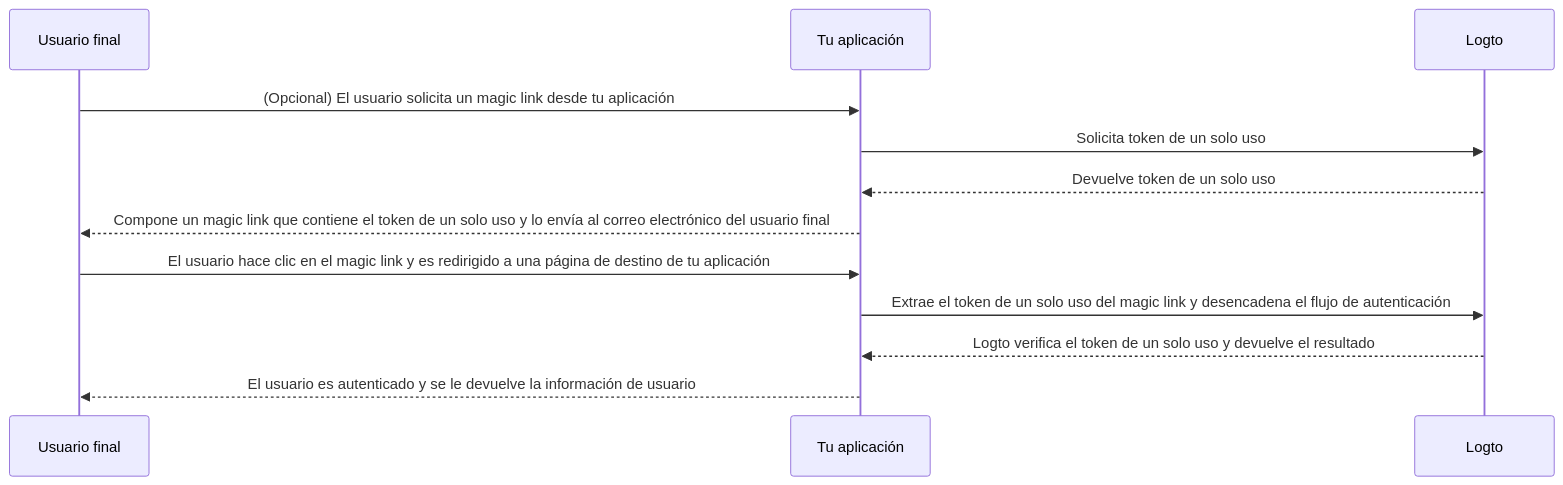
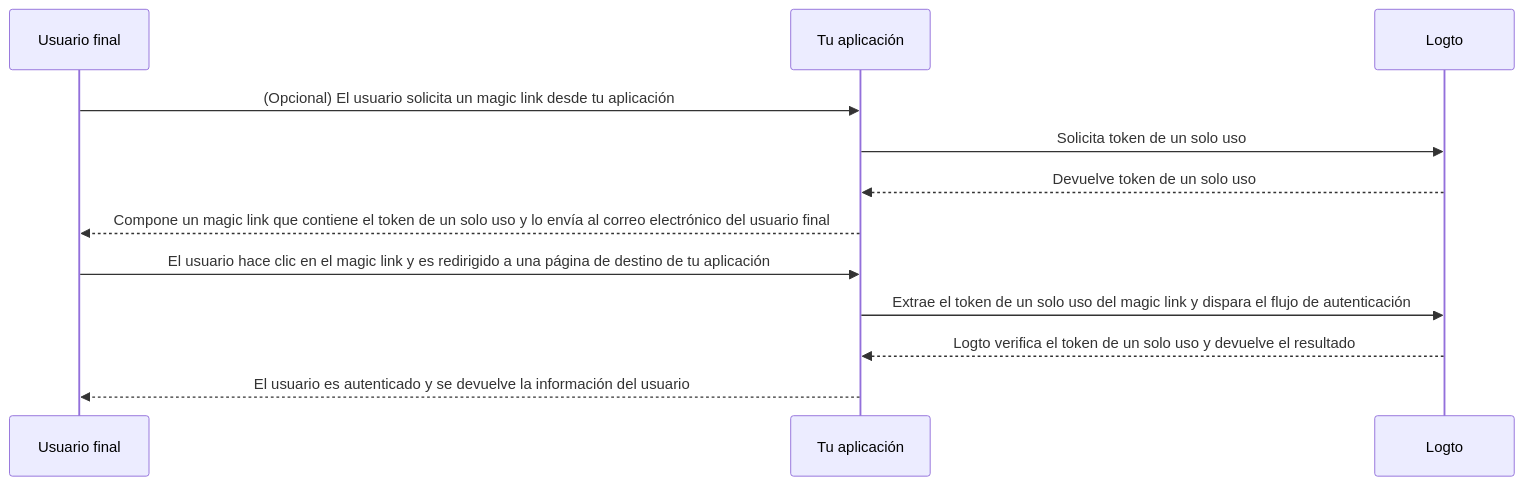
One commit to logto-io/docs changed the diagram in i18n/es/docusaurus-plugin-content-docs/current/end-user-flows/one-time-token.mdx. Above: the diagram before and after it, drawn with Mermaid. The commit also changed other lines of this file and 117 other files, not shown here.

````diff
--- a/i18n/es/docusaurus-plugin-content-docs/current/end-user-flows/one-time-token.mdx
+++ b/i18n/es/docusaurus-plugin-content-docs/current/end-user-flows/one-time-token.mdx
@@ -40,15 +38,15 @@
 ```mermaid
 sequenceDiagram
   participant U as Usuario final
   participant C as Tu aplicación
   participant L as Logto
 
   U ->> C: (Opcional) El usuario solicita un magic link desde tu aplicación
   C ->> L: Solicita token de un solo uso
   L -->> C: Devuelve token de un solo uso
   C -->> U: Compone un magic link que contiene el token de un solo uso y lo envía al correo electrónico del usuario final
   U ->> C: El usuario hace clic en el magic link y es redirigido a una página de destino de tu aplicación
-  C ->> L: Extrae el token de un solo uso del magic link y desencadena el flujo de autenticación
+  C ->> L: Extrae el token de un solo uso del magic link y dispara el flujo de autenticación
   L -->> C: Logto verifica el token de un solo uso y devuelve el resultado
-  C -->> U: El usuario es autenticado y se le devuelve la información de usuario
+  C -->> U: El usuario es autenticado y se devuelve la información del usuario
 ```
````
